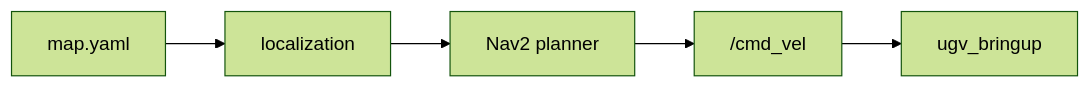
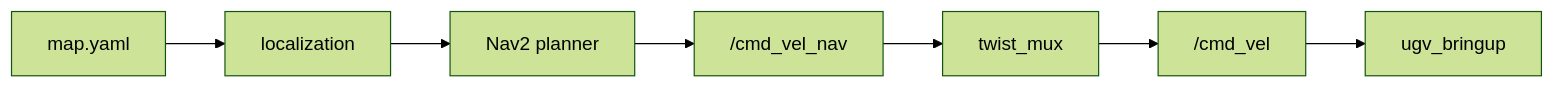
One commit to Coldaine/RobotOverview changed the diagram in docs/navigation.md. Above: the diagram before and after it, drawn with Mermaid (forest theme). The commit also changed other lines of this file and 21 other files, not shown here.

First line of the commit message:
Fix review round 1 findings on the twist_mux safety spine

````diff
--- a/docs/navigation.md
+++ b/docs/navigation.md
@@ -141,10 +141,12 @@
 ```mermaid
 flowchart LR
   MAP[map.yaml]
   LOC[localization]
   NAV[Nav2 planner]
+  NV["/cmd_vel_nav"]
+  MUX[twist_mux]
   CV["/cmd_vel"]
   BR[ugv_bringup]
 
-  MAP --> LOC --> NAV --> CV --> BR
+  MAP --> LOC --> NAV --> NV --> MUX --> CV --> BR
 ```
````
